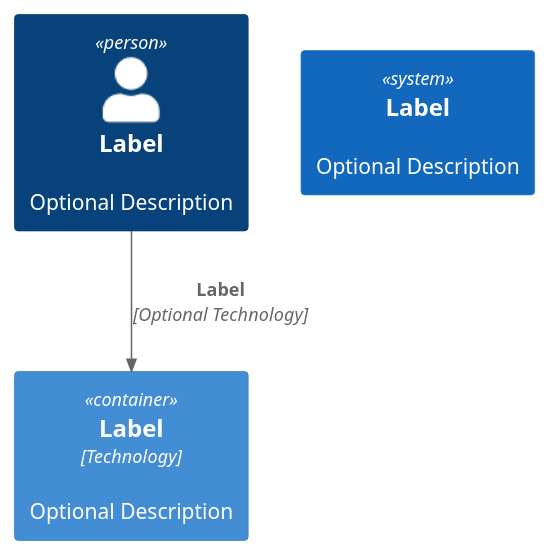
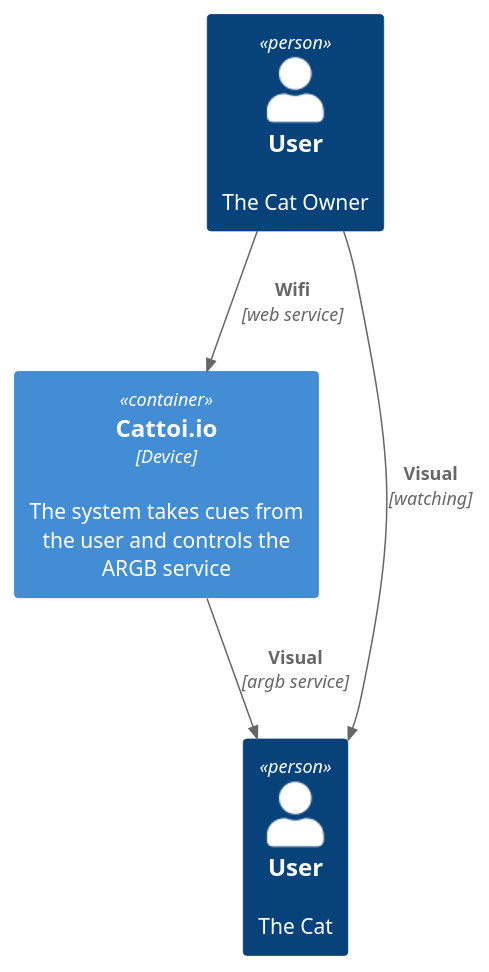
One commit to powellkjr/cattoi.io changed the diagram in Test.puml. Above: the diagram before and after it, drawn with PlantUML.

Commit message:
Update Test.puml
first pass at context diagram

```diff
--- a/Test.puml
+++ b/Test.puml
@@ -1,9 +1,11 @@
 @startuml C4_Test
 !include https://raw.githubusercontent.com/plantuml-stdlib/C4-PlantUML/master/C4_Container.puml
 
-Person(personAlias, "Label", "Optional Description")
-Container(containerAlias, "Label", "Technology", "Optional Description")
-System(systemAlias, "Label", "Optional Description")
+Person(humanAlias, "User", "The Cat Owner")
+Container(cattoiioAlias, "Cattoi.io", "Device", "The system takes cues from the user and controls the ARGB service")
+Person(catAlias, "User", "The Cat")
 
-Rel(personAlias, containerAlias, "Label", "Optional Technology")
+Rel(humanAlias, cattoiioAlias, "Wifi", "web service")
+Rel(cattoiioAlias, catAlias, "Visual", "argb service")
+Rel(humanAlias, catAlias, "Visual", "watching")
 @enduml
```
